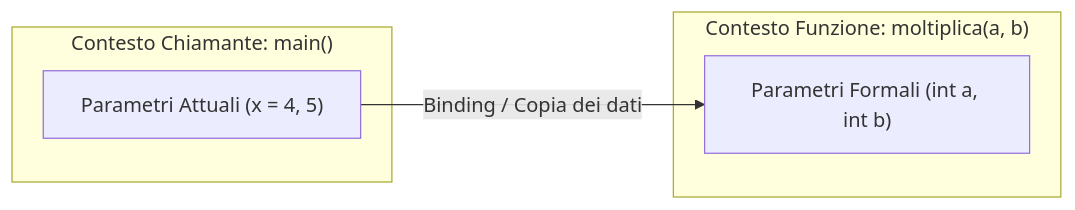
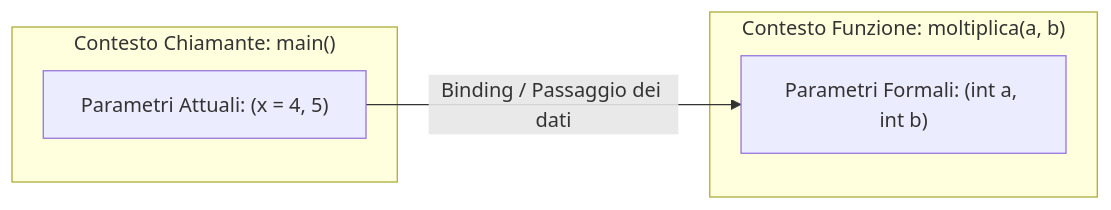
Before and after one commit to Ale3086/AppuntiAleCas: the second of 5 diagrams in content/Informatica/Cpp/Le funzioni e procedure.md, drawn with Mermaid. The commit also changed other lines of this file and 119 other files, not shown here.

````diff
--- a/content/Informatica/Cpp/Le funzioni e procedure.md
+++ b/content/Informatica/Cpp/Le funzioni e procedure.md
@@ -59,11 +81,11 @@
 ```mermaid
 flowchart LR
     subgraph CHIAMANTE ["Contesto Chiamante: main()"]
-        PA["Parametri Attuali (x = 4, 5)"]
+        PA["Parametri Attuali: (x = 4, 5)"]
     end
     subgraph FUNZIONE ["Contesto Funzione: moltiplica(a, b)"]
-        PF["Parametri Formali (int a, int b)"]
+        PF["Parametri Formali: (int a, int b)"]
     end
 
-    PA -->|"Binding / Copia dei dati"| PF
+    PA -->|"Binding / Passaggio dei dati"| PF
 ```
````
